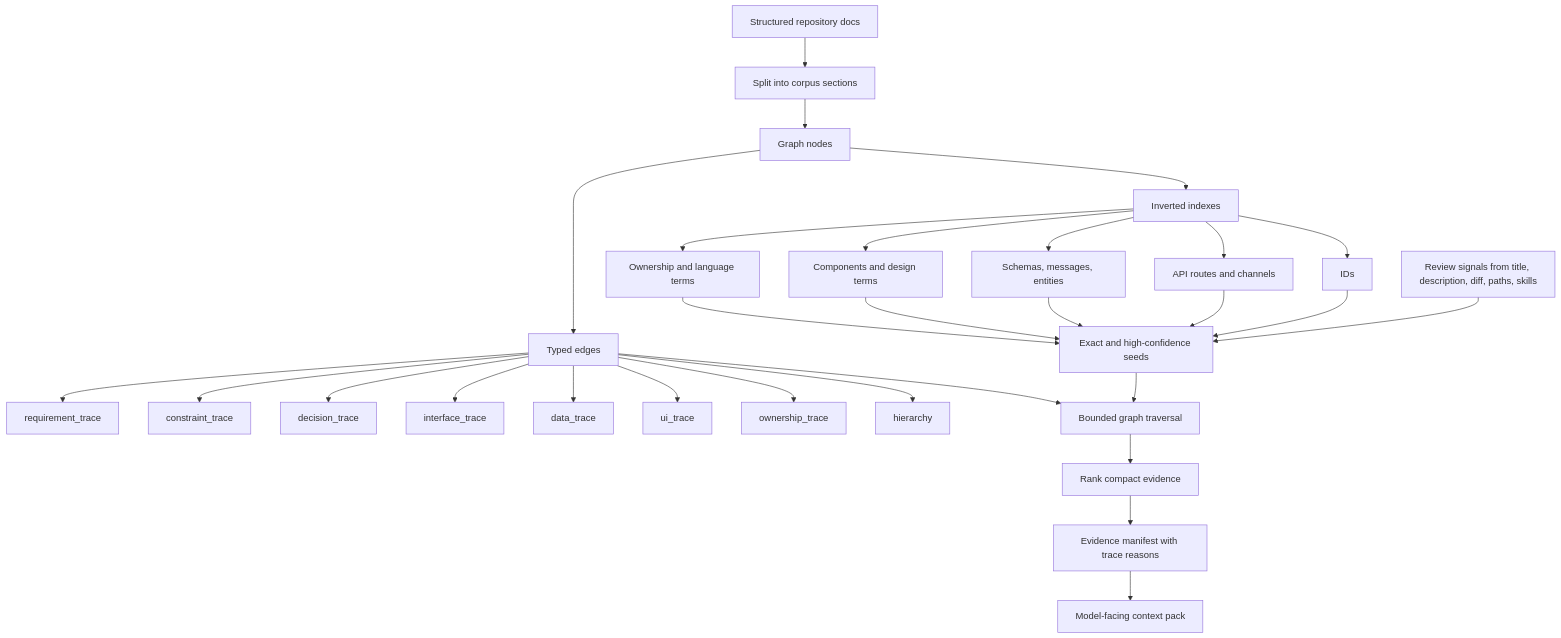
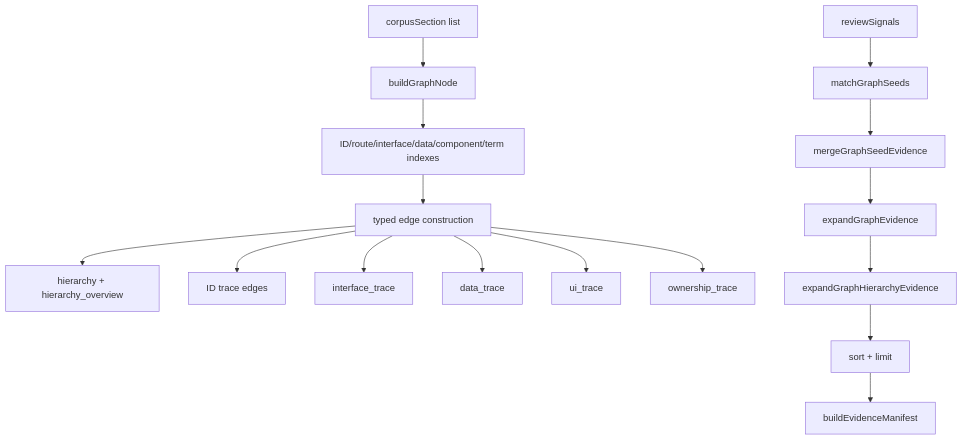
The seventh of 10 diagrams in docs/architecture.md (Y4NN777/7review), drawn with Mermaid before and after one commit. The commit also changed other lines of this file, not shown here.

Commit message:
Expand architecture documentation

````diff
--- a/docs/architecture.md
+++ b/docs/architecture.md
@@ -249,34 +454,20 @@
 ```mermaid
 flowchart TD
-    Docs[Structured repository docs] --> Split[Split into corpus sections]
-    Split --> Nodes[Graph nodes]
-    Nodes --> Indexes[Inverted indexes]
-    Indexes --> IDs[IDs]
-    Indexes --> Routes[API routes and channels]
-    Indexes --> Schemas[Schemas, messages, entities]
-    Indexes --> UI[Components and design terms]
-    Indexes --> Terms[Ownership and language terms]
+    Sections[corpusSection list] --> NodeBuild[buildGraphNode]
+    NodeBuild --> Indexes[ID/route/interface/data/component/term indexes]
+    Indexes --> Edges[typed edge construction]
 
-    Nodes --> Edges[Typed edges]
-    Edges --> Req[requirement_trace]
-    Edges --> Constraint[constraint_trace]
-    Edges --> Decision[decision_trace]
-    Edges --> Interface[interface_trace]
-    Edges --> Data[data_trace]
-    Edges --> UIT[ui_trace]
-    Edges --> Owner[ownership_trace]
-    Edges --> Hier[hierarchy]
+    Edges --> Hierarchy[hierarchy + hierarchy_overview]
+    Edges --> IDTrace[ID trace edges]
+    Edges --> InterfaceTrace[interface_trace]
+    Edges --> DataTrace[data_trace]
+    Edges --> UITrace[ui_trace]
+    Edges --> OwnershipTrace[ownership_trace]
 
-    Signals[Review signals from title, description, diff, paths, skills] --> Seeds[Exact and high-confidence seeds]
-    IDs --> Seeds
-    Routes --> Seeds
-    Schemas --> Seeds
-    UI --> Seeds
-    Terms --> Seeds
-
-    Seeds --> Traverse[Bounded graph traversal]
-    Edges --> Traverse
-    Traverse --> Rank[Rank compact evidence]
-    Rank --> Manifest[Evidence manifest with trace reasons]
-    Manifest --> Prompt[Model-facing context pack]
+    ReviewSignals[reviewSignals] --> SeedMatch[matchGraphSeeds]
+    SeedMatch --> SeedEvidence[mergeGraphSeedEvidence]
+    SeedEvidence --> BFS[expandGraphEvidence]
+    BFS --> ParentContext[expandGraphHierarchyEvidence]
+    ParentContext --> SortLimit[sort + limit]
+    SortLimit --> Manifest[buildEvidenceManifest]
 ```
````
